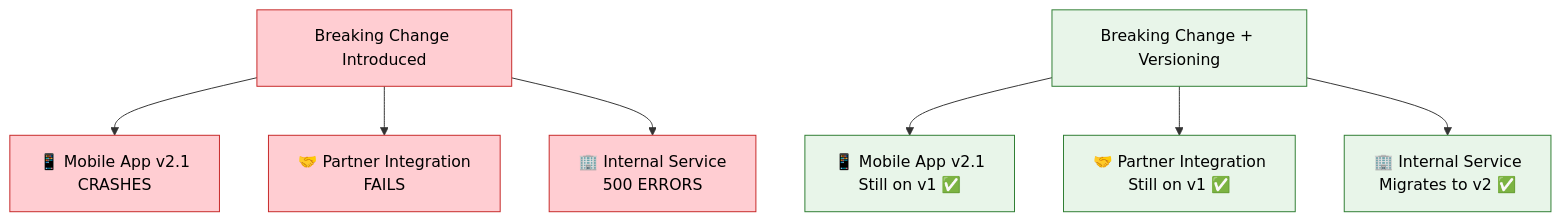
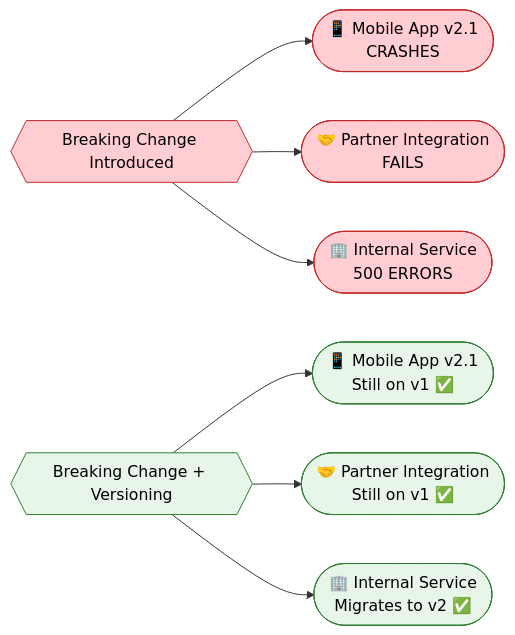
The second of 6 diagrams in docs/microservices/api-versioning.md (saivamsikaruturi/vamsilabs-dev-notes-main), drawn with Mermaid before and after one commit. The commit also changed other lines of this file and 146 other files, not shown here.

Commit message:
Horizontal diagrams, UML class diagrams, typography overhaul, and permalink cleanup

````diff
--- a/docs/microservices/api-versioning.md
+++ b/docs/microservices/api-versioning.md
@@ -57,19 +57,19 @@
 ```mermaid
-flowchart TD
-    BC["Breaking Change Introduced"] --> F1["📱 Mobile App v2.1<br/>CRASHES"]
-    BC --> F2["🤝 Partner Integration<br/>FAILS"]
-    BC --> F3["🏢 Internal Service<br/>500 ERRORS"]
+flowchart LR
+    BC{{"Breaking Change Introduced"}} --> F1(["📱 Mobile App v2.1<br/>CRASHES"])
+    BC --> F2(["🤝 Partner Integration<br/>FAILS"])
+    BC --> F3(["🏢 Internal Service<br/>500 ERRORS"])
     
-    BCV["Breaking Change + Versioning"] --> S1["📱 Mobile App v2.1<br/>Still on v1 ✅"]
-    BCV --> S2["🤝 Partner Integration<br/>Still on v1 ✅"]
-    BCV --> S3["🏢 Internal Service<br/>Migrates to v2 ✅"]
+    BCV{{"Breaking Change + Versioning"}} --> S1(["📱 Mobile App v2.1<br/>Still on v1 ✅"])
+    BCV --> S2(["🤝 Partner Integration<br/>Still on v1 ✅"])
+    BCV --> S3(["🏢 Internal Service<br/>Migrates to v2 ✅"])
 
     style BC fill:#FFCDD2,stroke:#C62828,color:#000
     style BCV fill:#E8F5E9,stroke:#2E7D32,color:#000
     style F1 fill:#FFCDD2,stroke:#C62828,color:#000
     style F2 fill:#FFCDD2,stroke:#C62828,color:#000
     style F3 fill:#FFCDD2,stroke:#C62828,color:#000
     style S1 fill:#E8F5E9,stroke:#2E7D32,color:#000
     style S2 fill:#E8F5E9,stroke:#2E7D32,color:#000
     style S3 fill:#E8F5E9,stroke:#2E7D32,color:#000
 ```
````
